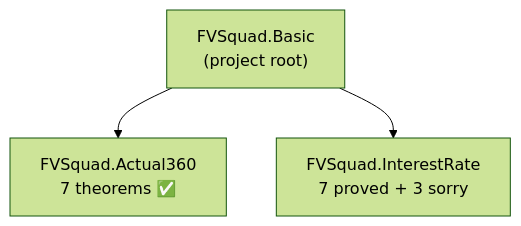
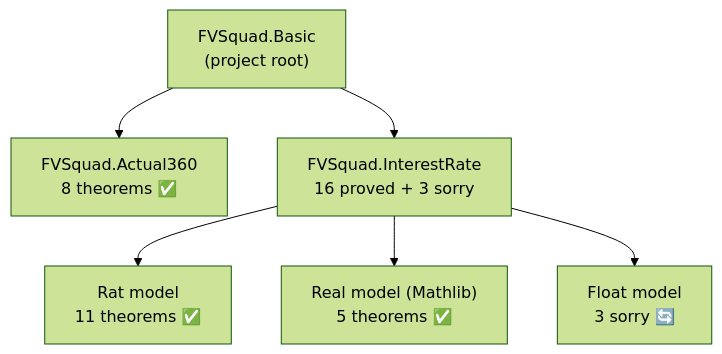
The first of 6 diagrams in formal-verification/REPORT.md (dsyme/QuantLib), drawn with Mermaid (forest theme) before and after one commit. The commit also changed other lines of this file and 1 other file, not shown here.

First line of the commit message:
docs(fv): update correspondence review and project report for triple model (#14)

````diff
--- a/formal-verification/REPORT.md
+++ b/formal-verification/REPORT.md
@@ -21,8 +21,14 @@
 ```mermaid
 graph TD
     A["FVSquad.Basic<br/>(project root)"]
-    B["FVSquad.Actual360<br/>7 theorems ✅"]
-    C["FVSquad.InterestRate<br/>7 proved + 3 sorry"]
+    B["FVSquad.Actual360<br/>8 theorems ✅"]
+    C["FVSquad.InterestRate<br/>16 proved + 3 sorry"]
     A --> B
     A --> C
+    C1["Rat model<br/>11 theorems ✅"]
+    C2["Real model (Mathlib)<br/>5 theorems ✅"]
+    C3["Float model<br/>3 sorry 🔄"]
+    C --> C1
+    C --> C2
+    C --> C3
 ```
````
